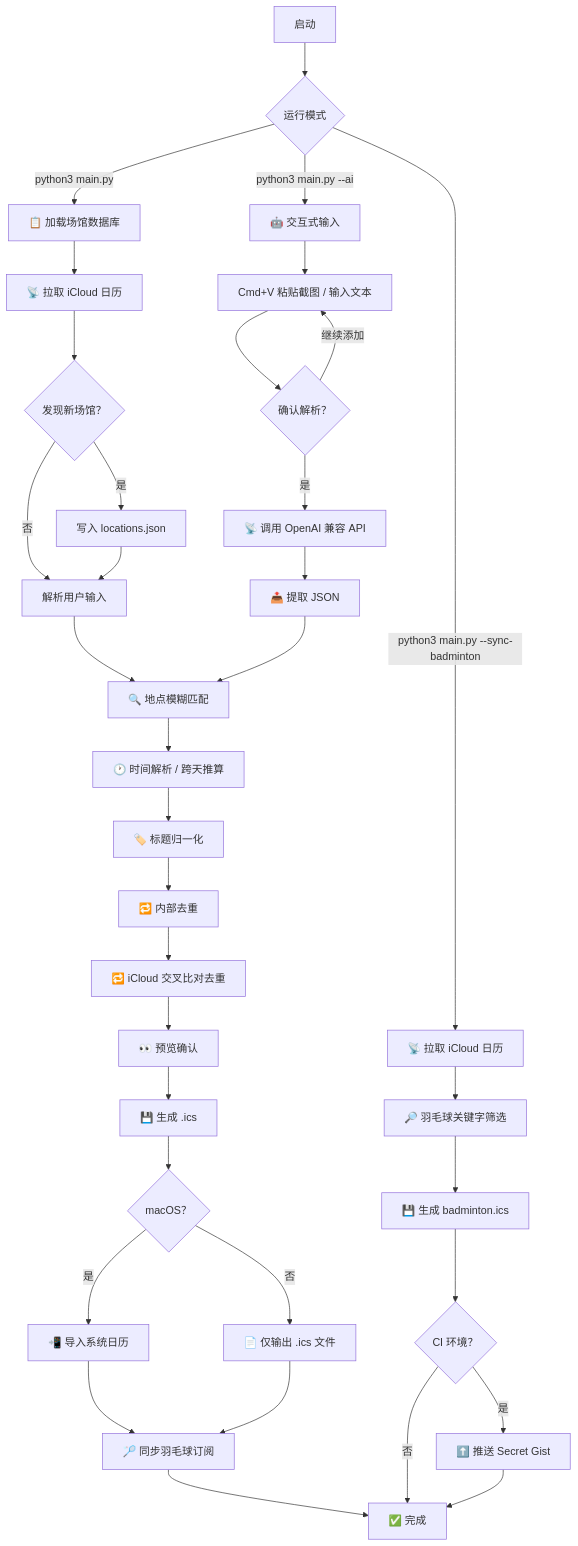
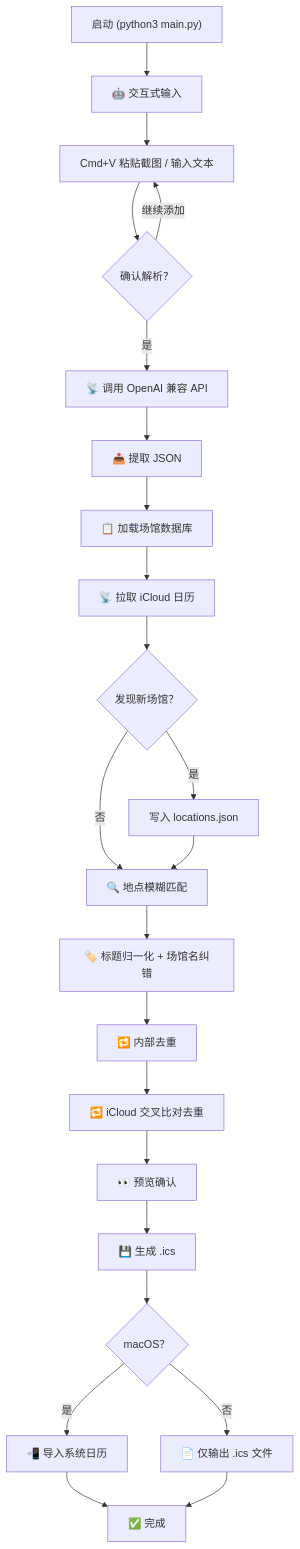
Before and after one commit to CooperZhuang/Calendar-event-generation: the diagram in README.md, drawn with Mermaid. The commit also changed other lines of this file and 14 other files, not shown here.

````diff
--- a/README.md
+++ b/README.md
@@ -64,40 +45,25 @@
 ```mermaid
 flowchart TD
-    A["启动"] --> B{"运行模式"}
-
-    B -->|"python3 main.py"| C["📋 加载场馆数据库"]
-    C --> D["📡 拉取 iCloud 日历"]
-    D --> E{"发现新场馆？"}
-    E -->|是| F["写入 locations.json"]
-    E -->|否| G["解析用户输入"]
-    F --> G
-    G --> H["🔍 地点模糊匹配"]
-    H --> I["🕐 时间解析 / 跨天推算"]
-    I --> J["🏷️ 标题归一化"]
-    J --> K["🔁 内部去重"]
-    K --> L["🔁 iCloud 交叉比对去重"]
-    L --> M["👀 预览确认"]
-    M --> N["💾 生成 .ics"]
-    N --> O{"macOS？"}
-    O -->|是| P["📲 导入系统日历"]
-    O -->|否| Q["📄 仅输出 .ics 文件"]
-    P --> R["🏸 同步羽毛球订阅"]
-    Q --> R
-    R --> Z["✅ 完成"]
-
-    B -->|"python3 main.py --ai"| A1["🤖 交互式输入"]
+    A["启动 (python3 main.py)"] --> A1["🤖 交互式输入"]
     A1 --> A2["Cmd+V 粘贴截图 / 输入文本"]
     A2 --> A3{"确认解析？"}
+    A3 -->|继续添加| A2
     A3 -->|是| A4["📡 调用 OpenAI 兼容 API"]
-    A3 -->|继续添加| A2
     A4 --> A5["📤 提取 JSON"]
-    A5 --> H
-
-    B -->|"python3 main.py --sync-badminton"| S1["📡 拉取 iCloud 日历"]
-    S1 --> S2["🔎 羽毛球关键字筛选"]
-    S2 --> S3["💾 生成 badminton.ics"]
-    S3 --> S4{"CI 环境？"}
-    S4 -->|是| S5["⬆️ 推送 Secret Gist"]
-    S4 -->|否| Z
-    S5 --> Z
+    A5 --> B["📋 加载场馆数据库"]
+    B --> C["📡 拉取 iCloud 日历"]
+    C --> D{"发现新场馆？"}
+    D -->|是| E["写入 locations.json"]
+    D -->|否| F["🔍 地点模糊匹配"]
+    E --> F
+    F --> G["🏷️ 标题归一化 + 场馆名纠错"]
+    G --> H["🔁 内部去重"]
+    H --> I["🔁 iCloud 交叉比对去重"]
+    I --> J["👀 预览确认"]
+    J --> K["💾 生成 .ics"]
+    K --> L{"macOS？"}
+    L -->|是| M["📲 导入系统日历"]
+    L -->|否| N["📄 仅输出 .ics 文件"]
+    M --> Z["✅ 完成"]
+    N --> Z
 ```
````
